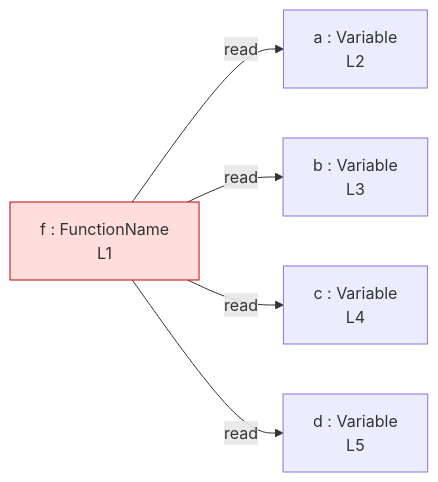
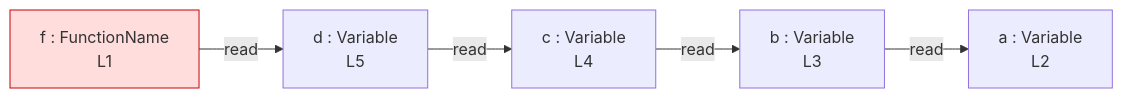
The diagram in integration/fixtures/minimal-function-chain/preview.md (crescware/unsnarl), drawn with Mermaid before and after one commit. The commit also changed 38 other files, not shown here.

First line of the commit message:
feat: route Mermaid edges through the initialized variable (owner)

````diff
--- a/integration/fixtures/minimal-function-chain/preview.md
+++ b/integration/fixtures/minimal-function-chain/preview.md
@@ -17,14 +17,14 @@
 ```mermaid
 flowchart LR
   n_scope_0_f_9["f : FunctionName\nL1"]
   n_scope_1_a_23["a : Variable\nL2"]
   n_scope_1_b_40["b : Variable\nL3"]
   n_scope_1_c_57["c : Variable\nL4"]
   n_scope_1_d_83["d : Variable\nL5"]
-  n_scope_0_f_9 -->|read| n_scope_1_a_23
-  n_scope_0_f_9 -->|read| n_scope_1_b_40
-  n_scope_0_f_9 -->|read| n_scope_1_c_57
+  n_scope_1_b_40 -->|read| n_scope_1_a_23
+  n_scope_1_c_57 -->|read| n_scope_1_b_40
+  n_scope_1_d_83 -->|read| n_scope_1_c_57
   n_scope_0_f_9 -->|read| n_scope_1_d_83
   classDef unused fill:#fdd,stroke:#c00;
   class n_scope_0_f_9 unused;
 ```
````
